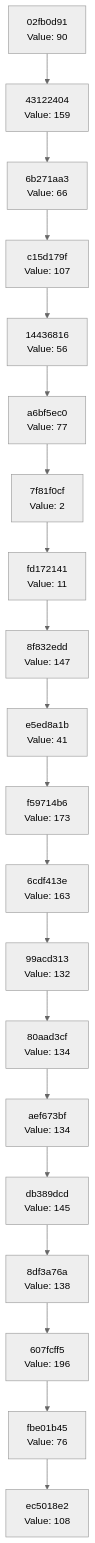
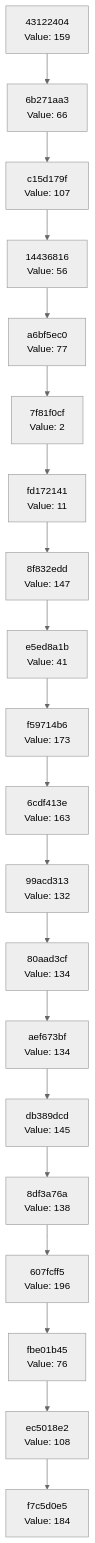
The diagram in docs/CHAIN_VISUALIZATION.md (Abhisheksinha1506/hash-chain-evolver), drawn with Mermaid (neutral theme) before and after one commit. The commit also changed 2 other files, not shown here.

Commit message:
Evolution Step

````diff
--- a/docs/CHAIN_VISUALIZATION.md
+++ b/docs/CHAIN_VISUALIZATION.md
@@ -3,42 +3,42 @@
 ```mermaid
 graph TD
-    C0["ec5018e2<br/>Value: 108"]
-    C1["fbe01b45<br/>Value: 76"]
+    C0["f7c5d0e5<br/>Value: 184"]
+    C1["ec5018e2<br/>Value: 108"]
     C1 --> C0
-    C2["607fcff5<br/>Value: 196"]
+    C2["fbe01b45<br/>Value: 76"]
     C2 --> C1
-    C3["8df3a76a<br/>Value: 138"]
+    C3["607fcff5<br/>Value: 196"]
     C3 --> C2
-    C4["db389dcd<br/>Value: 145"]
+    C4["8df3a76a<br/>Value: 138"]
     C4 --> C3
-    C5["aef673bf<br/>Value: 134"]
+    C5["db389dcd<br/>Value: 145"]
     C5 --> C4
-    C6["80aad3cf<br/>Value: 134"]
+    C6["aef673bf<br/>Value: 134"]
     C6 --> C5
-    C7["99acd313<br/>Value: 132"]
+    C7["80aad3cf<br/>Value: 134"]
     C7 --> C6
-    C8["6cdf413e<br/>Value: 163"]
+    C8["99acd313<br/>Value: 132"]
     C8 --> C7
-    C9["f59714b6<br/>Value: 173"]
+    C9["6cdf413e<br/>Value: 163"]
     C9 --> C8
-    C10["e5ed8a1b<br/>Value: 41"]
+    C10["f59714b6<br/>Value: 173"]
     C10 --> C9
-    C11["8f832edd<br/>Value: 147"]
+    C11["e5ed8a1b<br/>Value: 41"]
     C11 --> C10
-    C12["fd172141<br/>Value: 11"]
+    C12["8f832edd<br/>Value: 147"]
     C12 --> C11
-    C13["7f81f0cf<br/>Value: 2"]
+    C13["fd172141<br/>Value: 11"]
     C13 --> C12
-    C14["a6bf5ec0<br/>Value: 77"]
+    C14["7f81f0cf<br/>Value: 2"]
     C14 --> C13
-    C15["14436816<br/>Value: 56"]
+    C15["a6bf5ec0<br/>Value: 77"]
     C15 --> C14
-    C16["c15d179f<br/>Value: 107"]
+    C16["14436816<br/>Value: 56"]
     C16 --> C15
-    C17["6b271aa3<br/>Value: 66"]
+    C17["c15d179f<br/>Value: 107"]
     C17 --> C16
-    C18["43122404<br/>Value: 159"]
+    C18["6b271aa3<br/>Value: 66"]
     C18 --> C17
-    C19["02fb0d91<br/>Value: 90"]
+    C19["43122404<br/>Value: 159"]
     C19 --> C18
 ```
````
